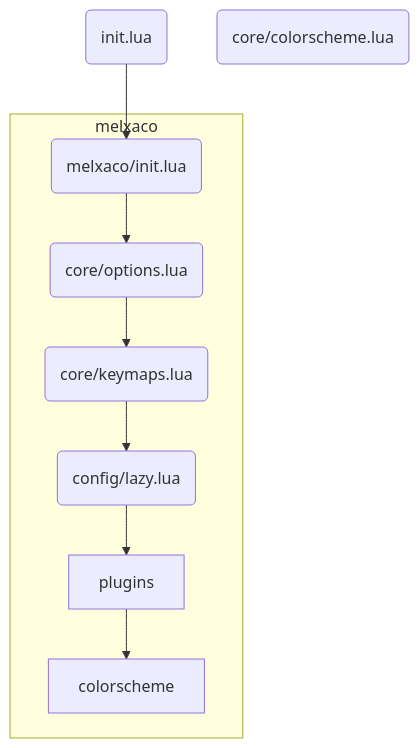
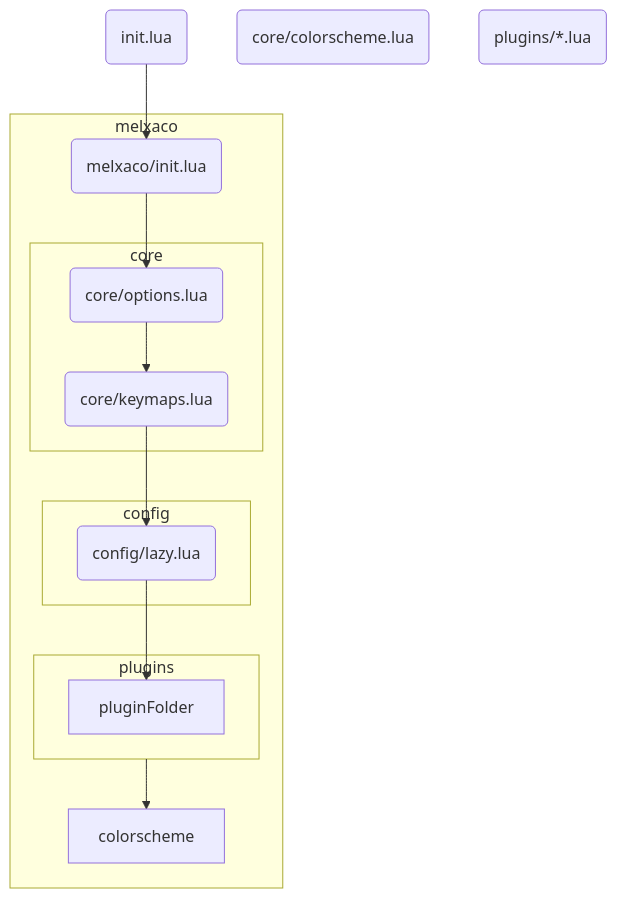
One commit to stijnme/dotfiles changed the diagram in .config/nvim/README.md. Above: the diagram before and after it, drawn with Mermaid.

Commit message:
chore: updated config flow

````diff
--- a/.config/nvim/README.md
+++ b/.config/nvim/README.md
@@ -6,21 +6,28 @@
 ```mermaid
 
 flowchart TD
   rootInit(init.lua)
   rootMelxaco(melxaco/init.lua)
   configLazy(config/lazy.lua)
   coreColor(core/colorscheme.lua)
   coreKeymap(core/keymaps.lua)
   coreOption(core/options.lua)
+  pluginDir(plugins/*.lua)
 
   rootInit --> rootMelxaco
 
   subgraph melxaco
     rootMelxaco --> coreOption
-    coreOption --> coreKeymap
-    coreKeymap --> configLazy
-    configLazy --> plugins
+    subgraph core
+      coreOption --> coreKeymap
+    end
+    subgraph config
+      coreKeymap --> configLazy
+    end
+    subgraph plugins
+      configLazy --> pluginFolder
+    end
     plugins --> colorscheme
   end
 
 ``` 
````
